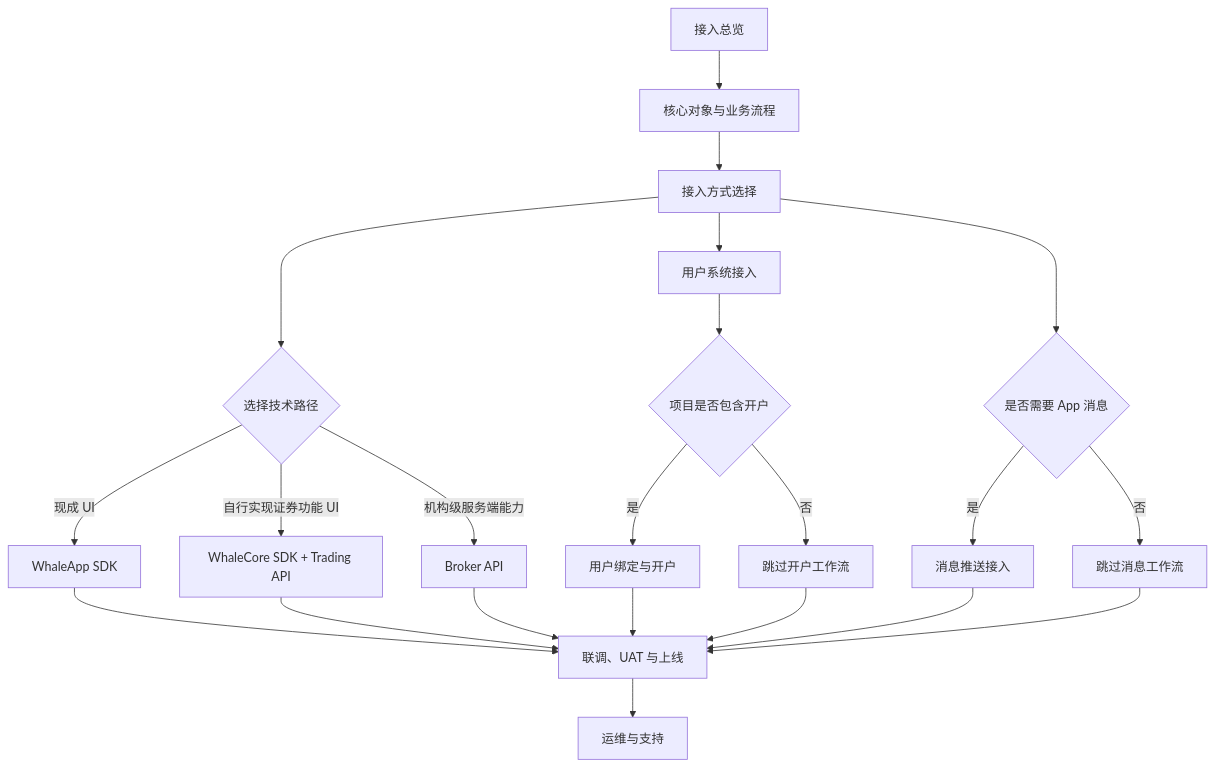
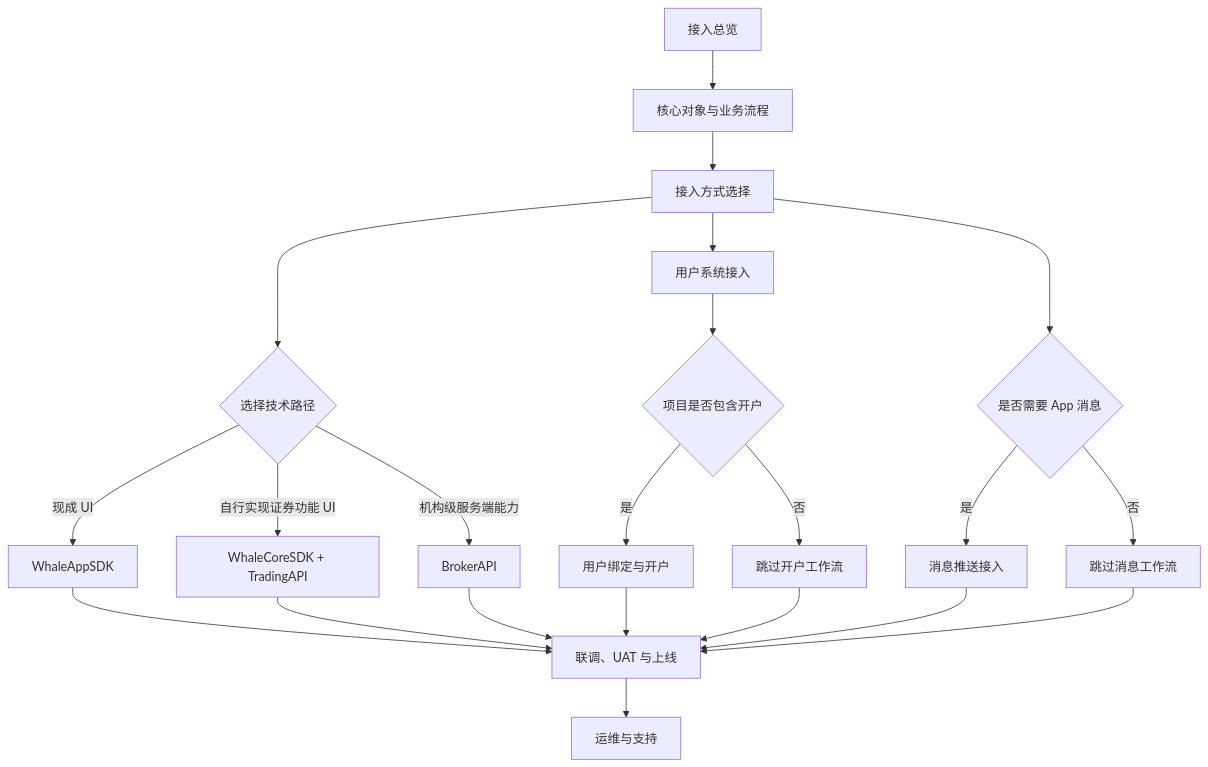
One commit to longbridge/whale-docs changed the first of 2 diagrams in docs/zh-CN/docs/broker-onboarding.mdx. Above: the diagram before and after it, drawn with Mermaid. The commit also changed other lines of this file and 120 other files, not shown here.

````diff
--- a/docs/zh-CN/docs/broker-onboarding.mdx
+++ b/docs/zh-CN/docs/broker-onboarding.mdx
@@ -14,24 +14,24 @@
 ```mermaid
 flowchart TD
     A[接入总览] --> B[核心对象与业务流程]
     B --> C[接入方式选择]
     C --> D{选择技术路径}
-    D -->|现成 UI| E[WhaleApp SDK]
-    D -->|自行实现证券功能 UI| F[WhaleCore SDK + Trading API]
-    D -->|机构级服务端能力| G[Broker API]
+    D -->|现成 UI| E[WhaleAppSDK]
+    D -->|自行实现证券功能 UI| F[WhaleCoreSDK + TradingAPI]
+    D -->|机构级服务端能力| G[BrokerAPI]
     C --> H[用户系统接入]
     H --> I{项目是否包含开户}
     I -->|是| J[用户绑定与开户]
     I -->|否| K[跳过开户工作流]
     C --> L{是否需要 App 消息}
     L -->|是| M[消息推送接入]
     L -->|否| N[跳过消息工作流]
     E --> O[联调、UAT 与上线]
     F --> O
     G --> O
     J --> O
     K --> O
     M --> O
     N --> O
     O --> P[运维与支持]
 ```
````
